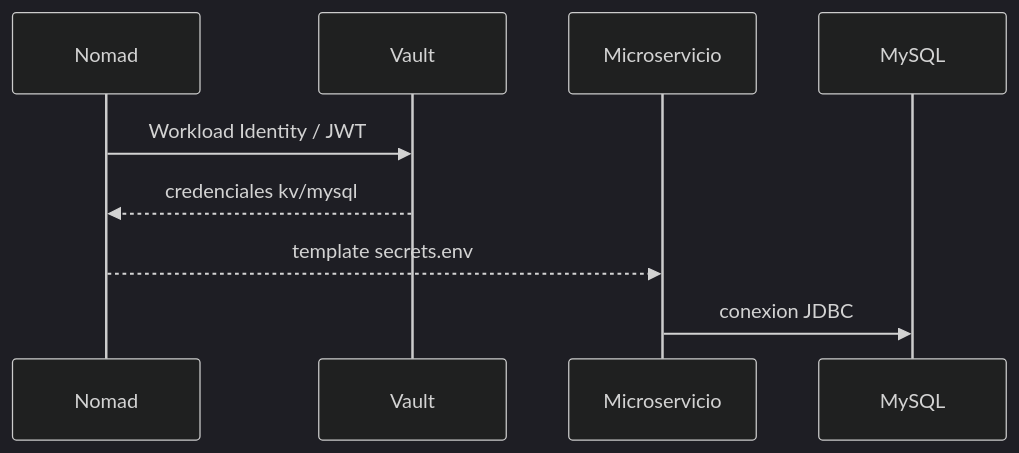
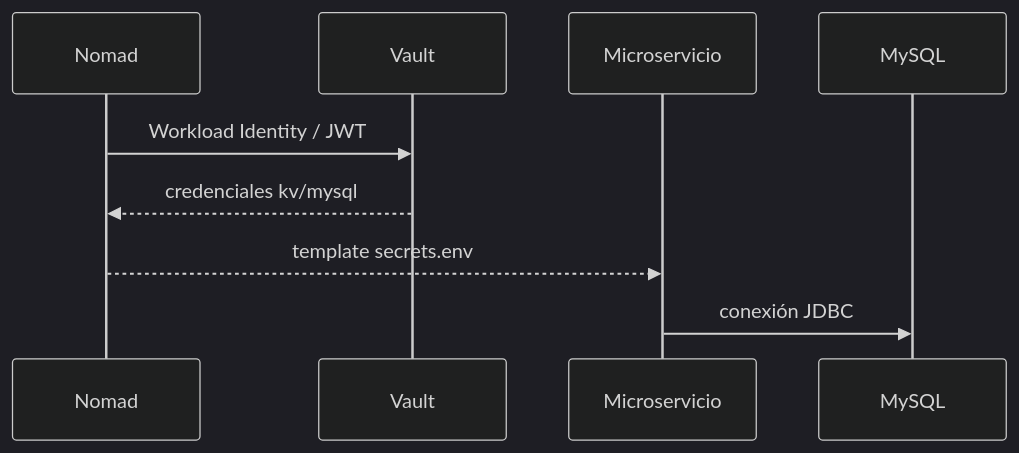
The fourth of 5 diagrams in slides/slides.md (apuntesdejava/jakartaee-nomad-arch), drawn with Mermaid (dark theme) before and after one commit. The commit also changed other lines of this file, not shown here.

````diff
--- a/slides/slides.md
+++ b/slides/slides.md
@@ -236,12 +236,12 @@
 ```mermaid
 sequenceDiagram
     participant Nomad
     participant Vault
     participant Job as Microservicio
     participant MySQL
 
     Nomad->>Vault: Workload Identity / JWT
     Vault-->>Nomad: credenciales kv/mysql
     Nomad-->>Job: template secrets.env
-    Job->>MySQL: conexion JDBC
+    Job->>MySQL: conexión JDBC
 ```
````
